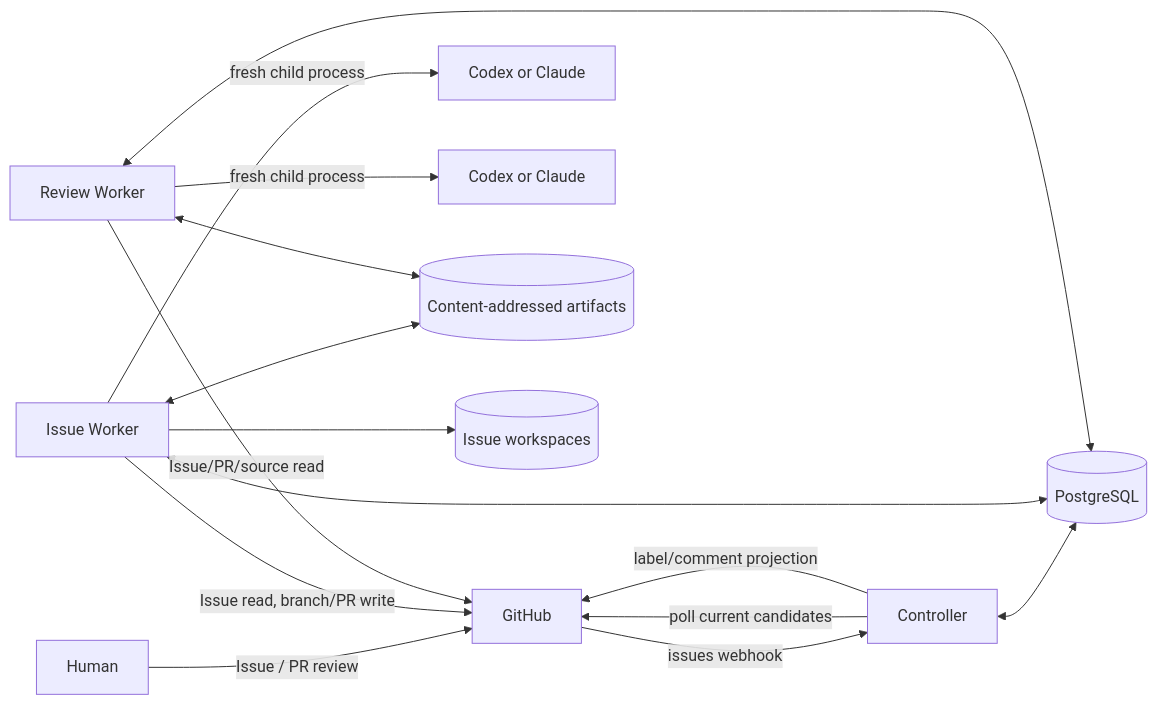
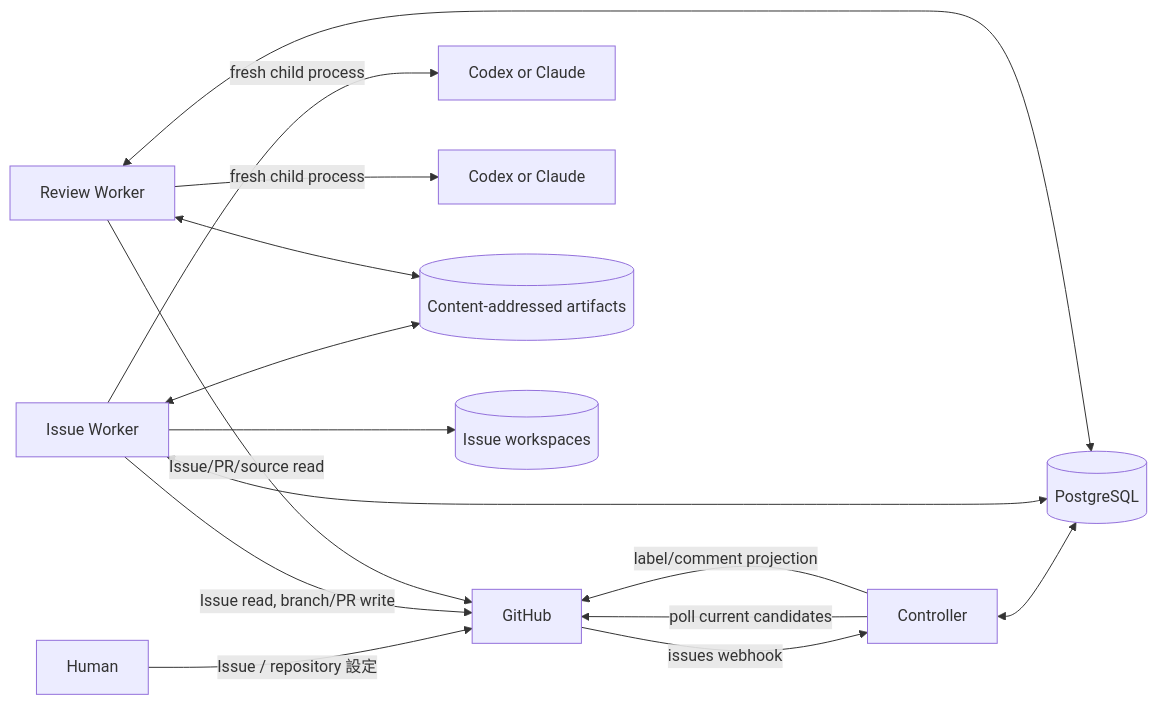
The first of 4 diagrams in docs/spec/05_design/01_architecture.md (mrbaron3/kudo), drawn with Mermaid before and after one commit. The commit also changed other lines of this file and 35 other files, not shown here.

````diff
--- a/docs/spec/05_design/01_architecture.md
+++ b/docs/spec/05_design/01_architecture.md
@@ -18,17 +18,17 @@
 ```mermaid
 flowchart LR
-    H[Human] -->|Issue / PR review| GH[GitHub]
+    H[Human] -->|Issue / repository 設定| GH[GitHub]
     GH -->|issues webhook| C[Controller]
     C -->|poll current candidates| GH
     C <--> DB[(PostgreSQL)]
     IW[Issue Worker] <--> DB
     RW[Review Worker] <--> DB
     C -->|label/comment projection| GH
     IW -->|Issue read, branch/PR write| GH
     RW -->|Issue/PR/source read| GH
     IW -->|fresh child process| P1[Codex or Claude]
     RW -->|fresh child process| P2[Codex or Claude]
     IW <--> AS[(Content-addressed artifacts)]
     RW <--> AS
     IW --> WS[(Issue workspaces)]
 ```
````
